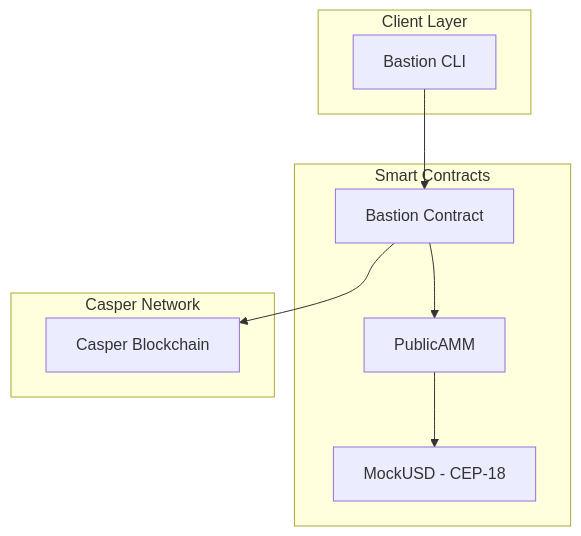
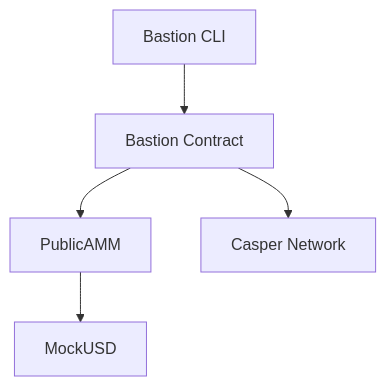
One commit to krishnagoyal099/bastion changed the diagram in README.md. Above: the diagram before and after it, drawn with Mermaid. The commit also changed other lines of this file and 1 other file, not shown here.

````diff
--- a/README.md
+++ b/README.md
@@ -19,21 +55,7 @@
 ```mermaid
 graph TB
-    subgraph Client Layer
-        CLI[Bastion CLI]
-    end
-    
-    subgraph Smart Contracts
-        BASTION[Bastion Contract]
-        AMM[PublicAMM]
-        TOKEN[MockUSD - CEP-18]
-    end
-    
-    subgraph Casper Network
-        CHAIN[Casper Blockchain]
-    end
-    
-    CLI --> BASTION
-    BASTION --> AMM
-    AMM --> TOKEN
-    BASTION --> CHAIN
+    CLI[Bastion CLI] --> BASTION[Bastion Contract]
+    BASTION --> AMM[PublicAMM]
+    AMM --> TOKEN[MockUSD]
+    BASTION --> CHAIN[Casper Network]
 ```
````
